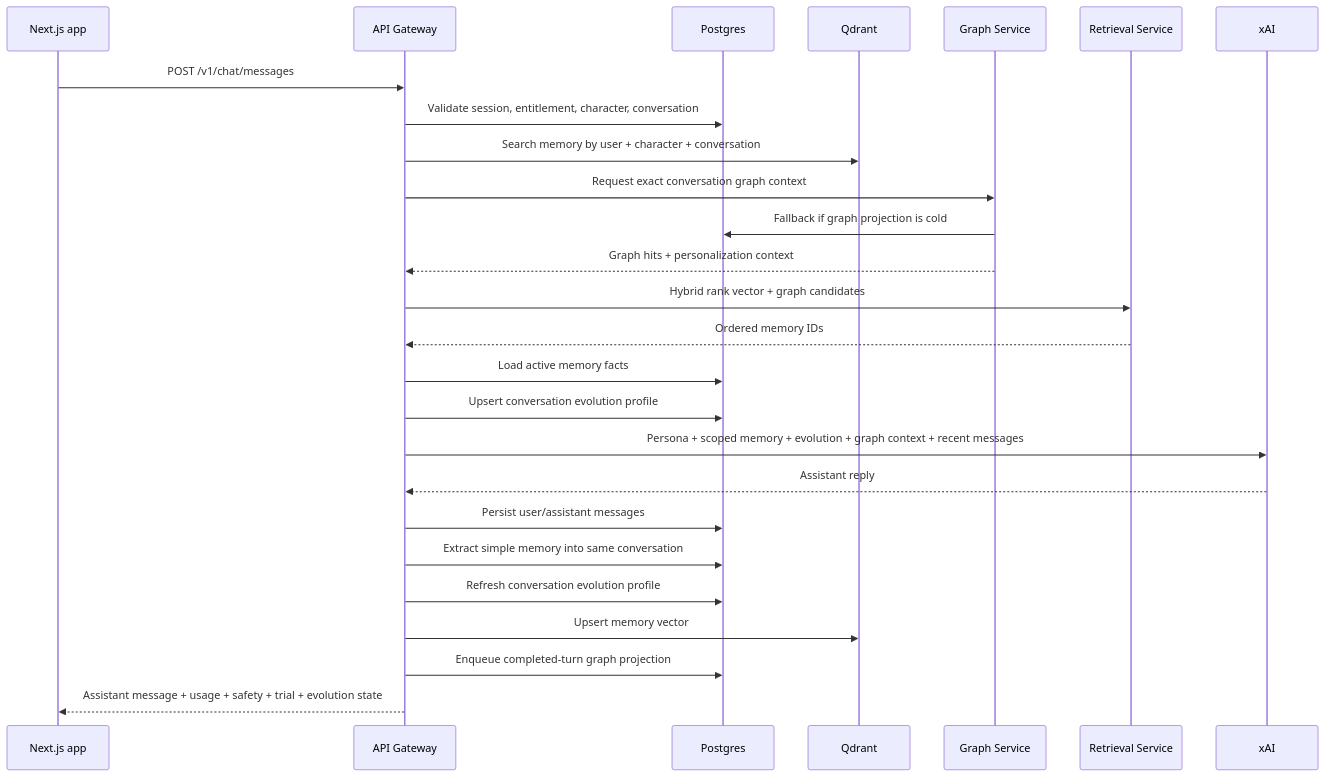
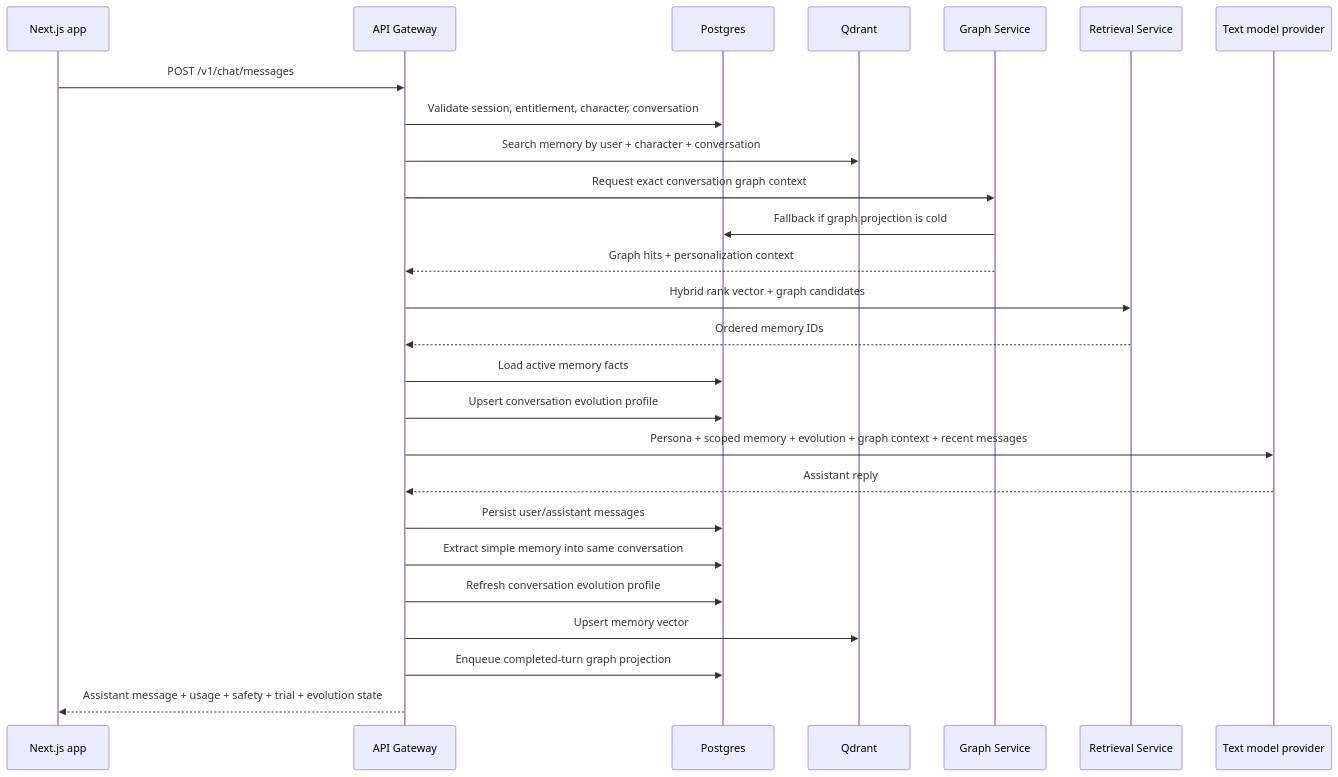
The second of 5 diagrams in docs/architecture.md (Afnanksalal/hana-chat), drawn with Mermaid before and after one commit. The commit also changed other lines of this file and 19 other files, not shown here.

Commit message:
Add AgentRouter text model routing

````diff
--- a/docs/architecture.md
+++ b/docs/architecture.md
@@ -38,29 +39,29 @@
 ```mermaid
 sequenceDiagram
   participant Web as Next.js app
   participant API as API Gateway
   participant DB as Postgres
   participant Vec as Qdrant
   participant Graph as Graph Service
   participant Rank as Retrieval Service
-  participant Model as xAI
+  participant Model as Text model provider
 
   Web->>API: POST /v1/chat/messages
   API->>DB: Validate session, entitlement, character, conversation
   API->>Vec: Search memory by user + character + conversation
   API->>Graph: Request exact conversation graph context
   Graph->>DB: Fallback if graph projection is cold
   Graph-->>API: Graph hits + personalization context
   API->>Rank: Hybrid rank vector + graph candidates
   Rank-->>API: Ordered memory IDs
   API->>DB: Load active memory facts
   API->>DB: Upsert conversation evolution profile
   API->>Model: Persona + scoped memory + evolution + graph context + recent messages
   Model-->>API: Assistant reply
   API->>DB: Persist user/assistant messages
   API->>DB: Extract simple memory into same conversation
   API->>DB: Refresh conversation evolution profile
   API->>Vec: Upsert memory vector
   API->>DB: Enqueue completed-turn graph projection
   API-->>Web: Assistant message + usage + safety + trial + evolution state
 ```
````
